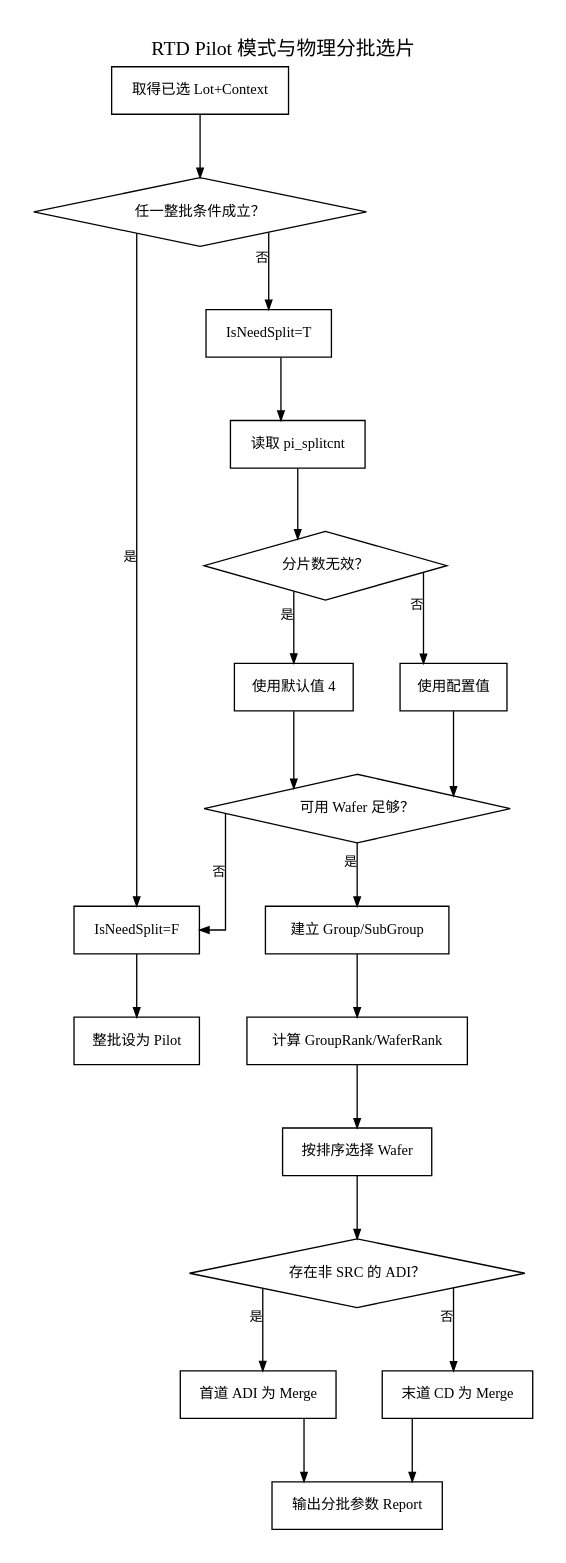
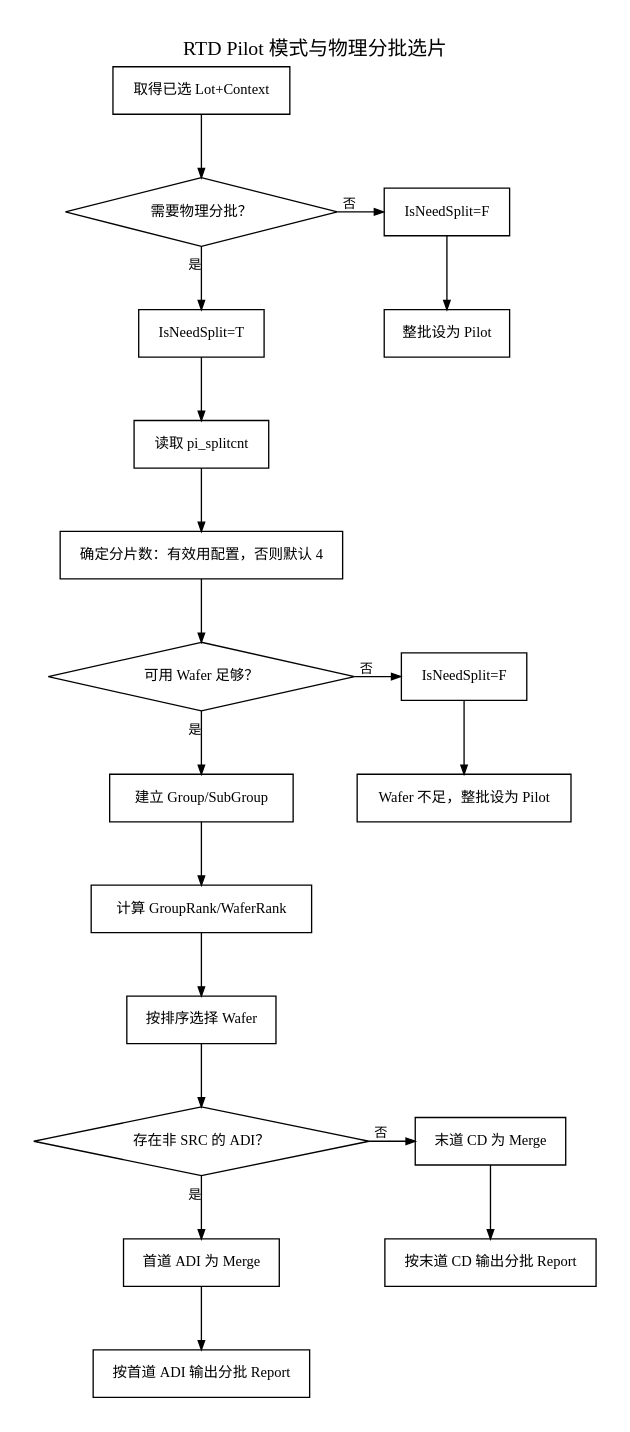
One commit to laanthony06-spec/AI changed the diagram in 00.raw-materials/90.processed/LithoAutoPiRun/流程图/Graphviz优化版/02_RTD_Pilot模式与物理分批选片.dot. Above: the diagram before and after it, drawn with Graphviz. The commit also changed 42 other files, not shown here.

```diff
--- a/00.raw-materials/90.processed/LithoAutoPiRun/流程图/Graphviz优化版/02_RTD_Pilot模式与物理分批选片.dot
+++ b/00.raw-materials/90.processed/LithoAutoPiRun/流程图/Graphviz优化版/02_RTD_Pilot模式与物理分批选片.dot
@@ -1,66 +1,71 @@
 digraph RTDPilotMode {
   graph [
     charset="UTF-8",
     rankdir=TB,
     splines=ortho,
     bgcolor="white",
     pad=0.25,
     nodesep=0.48,
     ranksep=0.66,
     fontname="Microsoft YaHei",
     fontsize=15,
     labelloc="t",
     label="RTD Pilot 模式与物理分批选片"
   ];
   node [
     shape=box,
     style="solid",
     color="black",
     fontcolor="black",
     fontname="Microsoft YaHei",
     fontsize=11,
     margin="0.16,0.10"
   ];
   edge [
     color="black",
     fontcolor="black",
     fontname="Microsoft YaHei",
     fontsize=10,
     arrowsize=0.7
   ];
 
   start [label="取得已选 Lot+Context"];
-  whole_rule [shape=diamond, label="任一整批条件成立？"];
+  whole_rule [shape=diamond, label="需要物理分批？"];
   whole [label="IsNeedSplit=F"];
   whole_out [label="整批设为 Pilot"];
   split [label="IsNeedSplit=T"];
   read_cnt [label="读取 pi_splitcnt"];
-  invalid_cnt [shape=diamond, label="分片数无效？"];
-  default_cnt [label="使用默认值 4"];
-  config_cnt [label="使用配置值"];
+  resolve_cnt [label="确定分片数：有效用配置，否则默认 4"];
   enough [shape=diamond, label="可用 Wafer 足够？"];
+  fallback_whole [label="IsNeedSplit=F"];
+  fallback_out [label="Wafer 不足，整批设为 Pilot"];
   group [label="建立 Group/SubGroup"];
   rank [label="计算 GroupRank/WaferRank"];
   choose [label="按排序选择 Wafer"];
   adi [shape=diamond, label="存在非 SRC 的 ADI？"];
   first_adi [label="首道 ADI 为 Merge"];
   last_cd [label="末道 CD 为 Merge"];
-  output [label="输出分批参数 Report"];
+  output_adi [label="按首道 ADI 输出分批 Report"];
+  output_cd [label="按末道 CD 输出分批 Report"];
 
-  start -> whole_rule;
-  whole_rule -> whole [xlabel="是"];
-  whole -> whole_out;
-  whole_rule -> split [xlabel="否"];
-  split -> read_cnt -> invalid_cnt;
-  invalid_cnt -> default_cnt [xlabel="是"];
-  invalid_cnt -> config_cnt [xlabel="否"];
-  default_cnt -> enough;
-  config_cnt -> enough;
-  enough -> whole [xlabel="否"];
-  enough -> group [xlabel="是"];
-  group -> rank -> choose -> adi;
-  adi -> first_adi [xlabel="是"];
-  adi -> last_cd [xlabel="否"];
-  first_adi -> output;
-  last_cd -> output;
+  start:s -> whole_rule:n;
+  { rank=same; whole_rule; whole; }
+  whole_rule:e -> whole:w [xlabel="否", constraint=false];
+  whole:s -> whole_out:n;
+  whole_rule:s -> split:n [xlabel="是"];
+  split:s -> read_cnt:n;
+  read_cnt:s -> resolve_cnt:n;
+  resolve_cnt:s -> enough:n;
+  { rank=same; enough; fallback_whole; }
+  enough:e -> fallback_whole:w [xlabel="否", constraint=false];
+  fallback_whole:s -> fallback_out:n;
+  enough:s -> group:n [xlabel="是"];
+  group:s -> rank:n;
+  rank:s -> choose:n;
+  choose:s -> adi:n;
+  adi:s -> first_adi:n [xlabel="是"];
+  { rank=same; adi; last_cd; }
+  adi:e -> last_cd:w [xlabel="否", constraint=false];
+  first_adi:s -> output_adi:n;
+  last_cd:s -> output_cd:n;
 }
```
